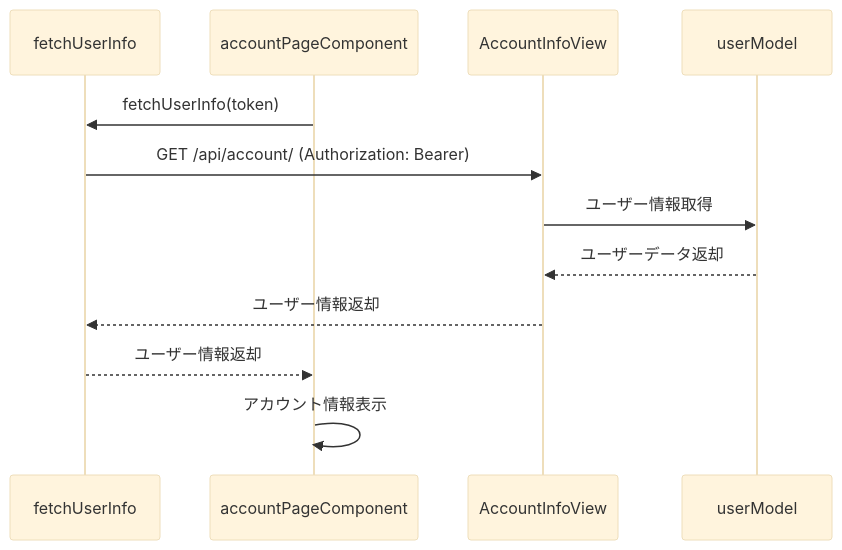
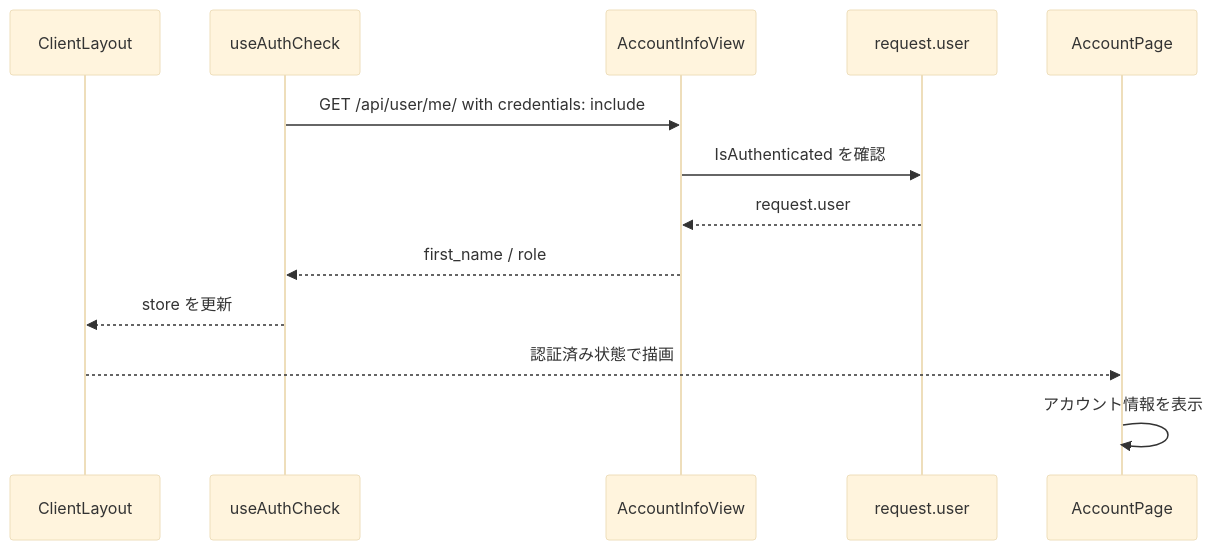
Before and after one commit to Saaka-y/korup: the first of 2 diagrams in docs/account/sequence.md, drawn with Mermaid (base theme). The commit also changed other lines of this file and 9 other files, not shown here.

````diff
--- a/docs/account/sequence.md
+++ b/docs/account/sequence.md
@@ -17,14 +3,16 @@
 ```mermaid
 sequenceDiagram
-    participant fu as fetchUserInfo
-    participant ap as accountPageComponent
-    participant aiv as AccountInfoView
-    participant um as userModel
-    ap->>fu: fetchUserInfo(token)
-    fu->>aiv: GET /api/account/ (Authorization: Bearer)
-    aiv->>um: ユーザー情報取得
-    um-->>aiv: ユーザーデータ返却
-    aiv-->>fu: ユーザー情報返却
-    fu-->>ap: ユーザー情報返却
-    ap->>ap: アカウント情報表示
+    participant Layout as ClientLayout
+    participant Front as useAuthCheck
+    participant View as AccountInfoView
+    participant User as request.user
+    participant Page as AccountPage
+
+    Front->>View: GET /api/user/me/ with credentials: include
+    View->>User: IsAuthenticated を確認
+    User-->>View: request.user
+    View-->>Front: first_name / role
+    Front-->>Layout: store を更新
+    Layout-->>Page: 認証済み状態で描画
+    Page->>Page: アカウント情報を表示
 ```
````
